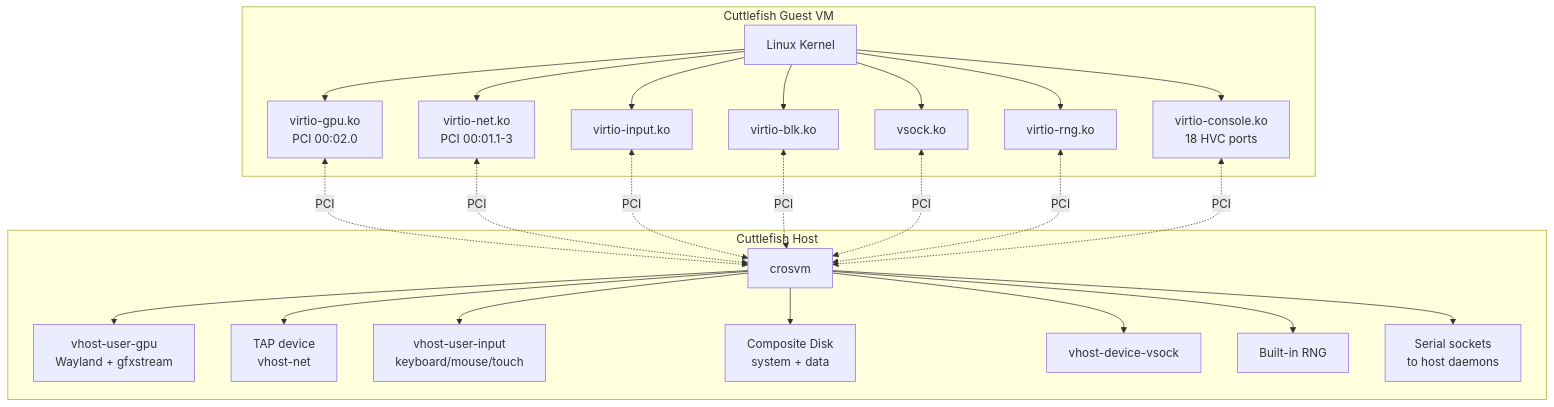
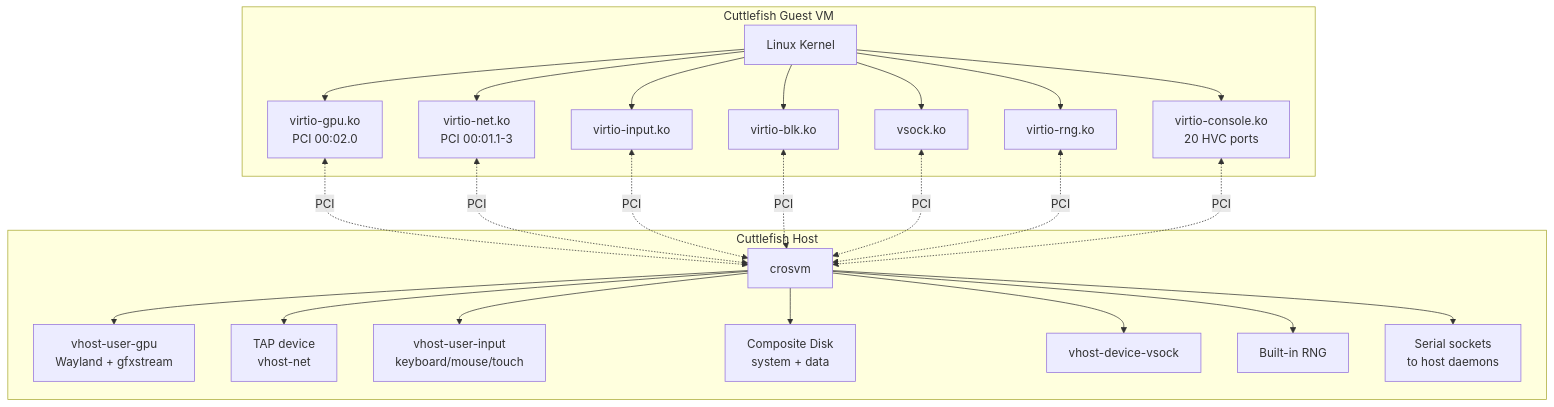
Diagram 13 of 20 in 60-emulator.md (aospbooks/aosp-internal-book), drawn with Mermaid before and after one commit. The commit also changed other lines of this file and 218 other files, not shown here.

````diff
--- a/60-emulator.md
+++ b/60-emulator.md
@@ -2443,32 +2471,32 @@
 ```mermaid
 graph TB
     subgraph Guest["Cuttlefish Guest VM"]
         K["Linux Kernel"]
         K --> VG["virtio-gpu.ko<br/>PCI 00:02.0"]
         K --> VN["virtio-net.ko<br/>PCI 00:01.1-3"]
         K --> VI["virtio-input.ko"]
         K --> VB["virtio-blk.ko"]
         K --> VS["vsock.ko"]
         K --> VR["virtio-rng.ko"]
-        K --> VC["virtio-console.ko<br/>18 HVC ports"]
+        K --> VC["virtio-console.ko<br/>20 HVC ports"]
     end
 
     subgraph Host["Cuttlefish Host"]
         CROSVM["crosvm"]
         CROSVM --> WGPU["vhost-user-gpu<br/>Wayland + gfxstream"]
         CROSVM --> VTAP["TAP device<br/>vhost-net"]
         CROSVM --> VINP["vhost-user-input<br/>keyboard/mouse/touch"]
         CROSVM --> VBLK["Composite Disk<br/>system + data"]
         CROSVM --> VVSOCK["vhost-device-vsock"]
         CROSVM --> VRNG["Built-in RNG"]
         CROSVM --> VCON["Serial sockets<br/>to host daemons"]
     end
 
     VG <-.->|"PCI"| CROSVM
     VN <-.->|"PCI"| CROSVM
     VI <-.->|"PCI"| CROSVM
     VB <-.->|"PCI"| CROSVM
     VS <-.->|"PCI"| CROSVM
     VR <-.->|"PCI"| CROSVM
     VC <-.->|"PCI"| CROSVM
 ```
````
